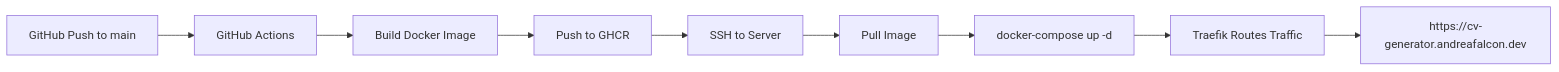
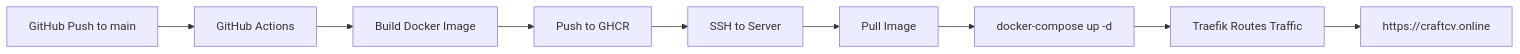
Before and after one commit to falconandrea/cv-generator: the diagram in docs/DEPLOY.md, drawn with Mermaid. The commit also changed other lines of this file and 9 other files, not shown here.

````diff
--- a/docs/DEPLOY.md
+++ b/docs/DEPLOY.md
@@ -11,11 +11,11 @@
 ```mermaid
 graph LR
     A[GitHub Push to main] --> B[GitHub Actions]
     B --> C[Build Docker Image]
     C --> D[Push to GHCR]
     D --> E[SSH to Server]
     E --> F[Pull Image]
     F --> G[docker-compose up -d]
     G --> H[Traefik Routes Traffic]
-    H --> I[https://cv-generator.andreafalcon.dev]
+    H --> I[https://craftcv.online]
 ```
````
